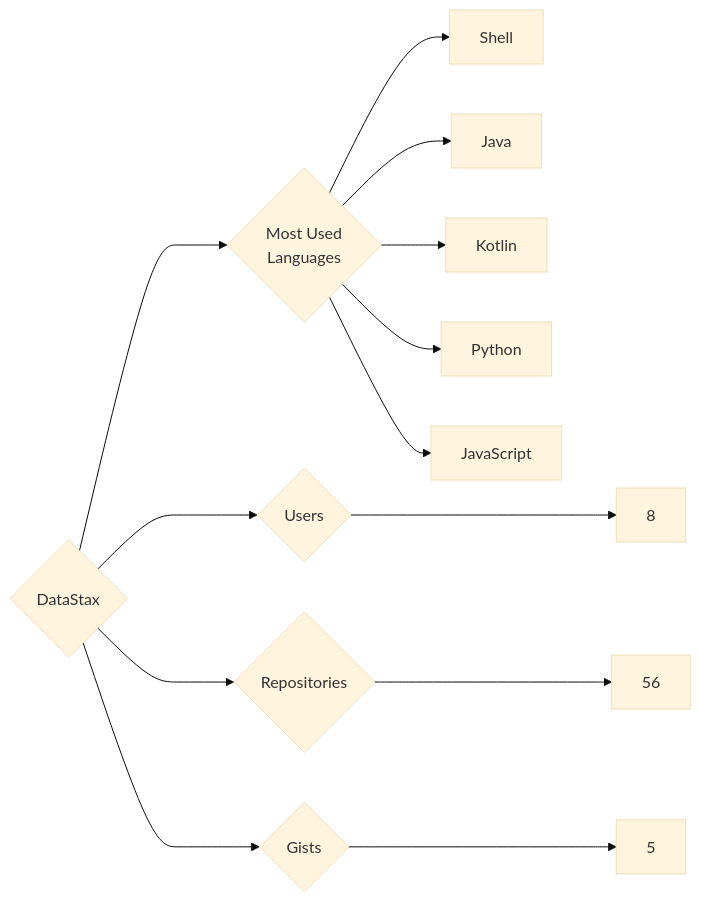
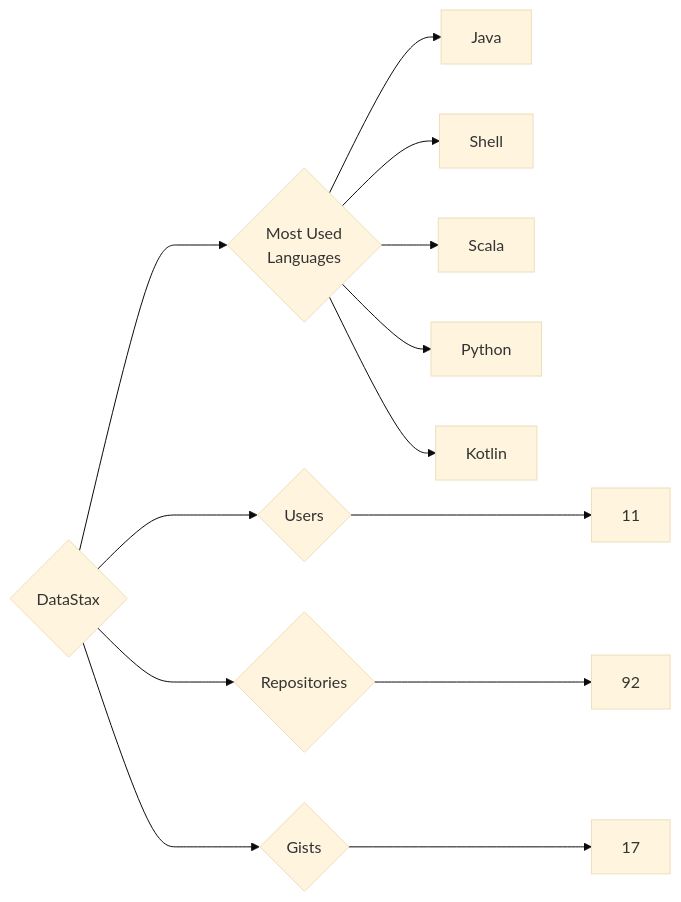
The diagram in targets/DataStax/README.md (trickest/insiders), drawn with Mermaid (base theme) before and after one commit. The commit also changed 859 other files, not shown here.

````diff
--- a/targets/DataStax/README.md
+++ b/targets/DataStax/README.md
@@ -3,13 +3,13 @@
 ```mermaid
 graph LR
 COMPANY_NAME{DataStax}
-COMPANY_NAME ---> U{Users} ---> UN[8]
-COMPANY_NAME ---> R{Repositories} ---> RN[56]
-COMPANY_NAME ---> G{Gists} ---> GN[5]
+COMPANY_NAME ---> U{Users} ---> UN[11]
+COMPANY_NAME ---> R{Repositories} ---> RN[92]
+COMPANY_NAME ---> G{Gists} ---> GN[17]
 COMPANY_NAME ---> ML{Most Used<br>Languages}
+ML --> Java[Java]
 ML --> Shell[Shell]
-ML --> Java[Java]
+ML --> Scala[Scala]
+ML --> Python[Python]
 ML --> Kotlin[Kotlin]
-ML --> Python[Python]
-ML --> JavaScript[JavaScript]
 ```
````
